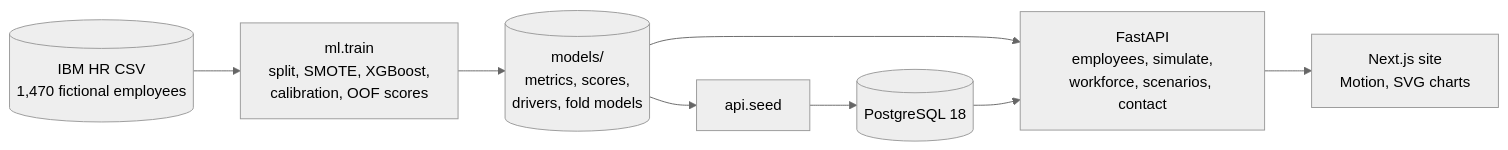
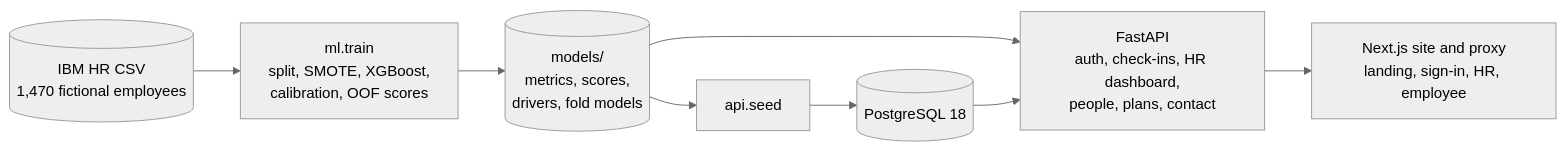
The diagram in README.md (AniruddhasGit/Employee-attrition), drawn with Mermaid (neutral theme) before and after one commit. The commit also changed other lines of this file and 3 other files, not shown here.

````diff
--- a/README.md
+++ b/README.md
@@ -109,10 +151,10 @@
 ```mermaid
 flowchart LR
     CSV[(IBM HR CSV<br/>1,470 fictional employees)] --> T[ml.train<br/>split, SMOTE, XGBoost,<br/>calibration, OOF scores]
     T --> M[(models/<br/>metrics, scores,<br/>drivers, fold models)]
     M --> S[api.seed]
     S --> DB[(PostgreSQL 18)]
-    M --> API[FastAPI<br/>employees, simulate,<br/>workforce, scenarios, contact]
+    M --> API[FastAPI<br/>auth, check-ins, HR dashboard,<br/>people, plans, contact]
     DB --> API
-    API --> WEB[Next.js site<br/>Motion, SVG charts]
+    API --> WEB[Next.js site and proxy<br/>landing, sign-in, HR, employee]
 ```
````
